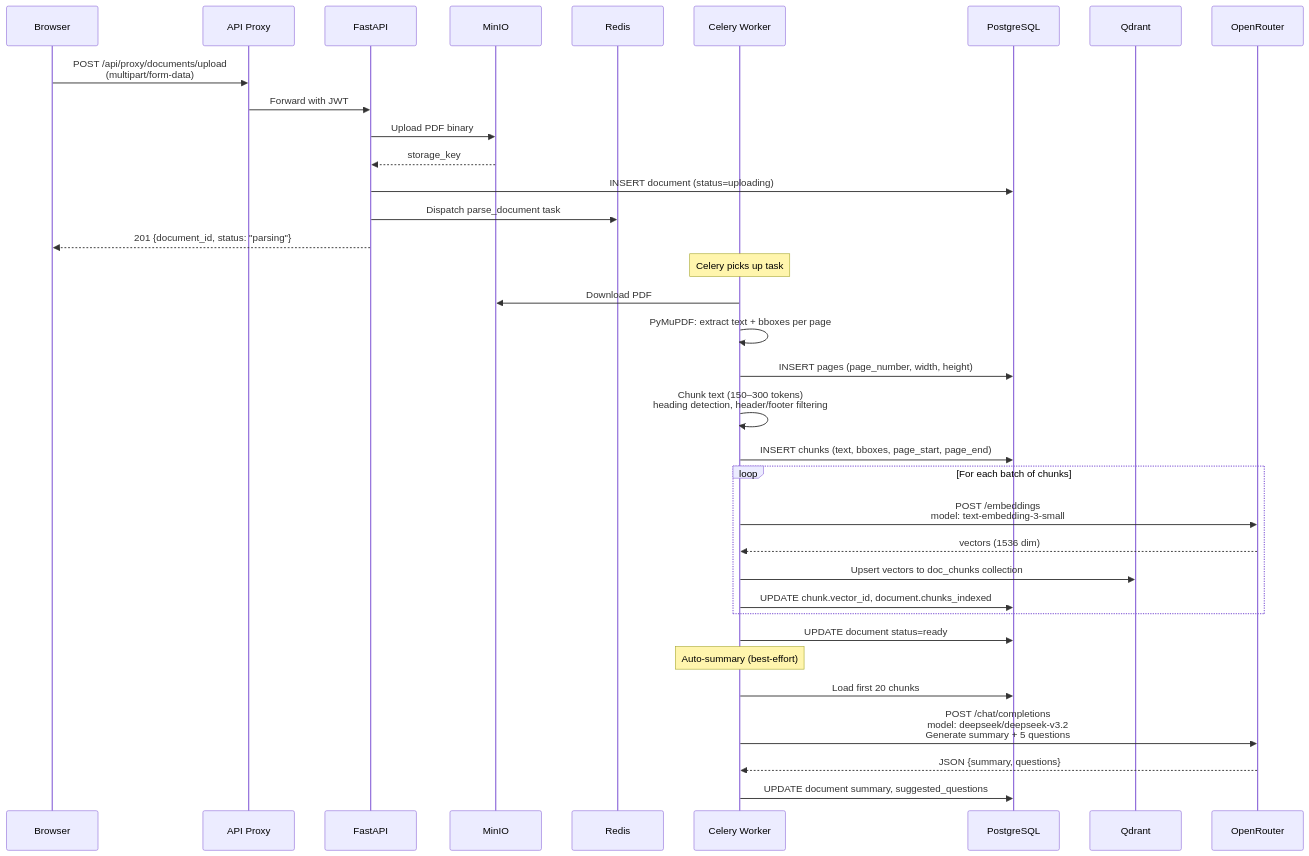
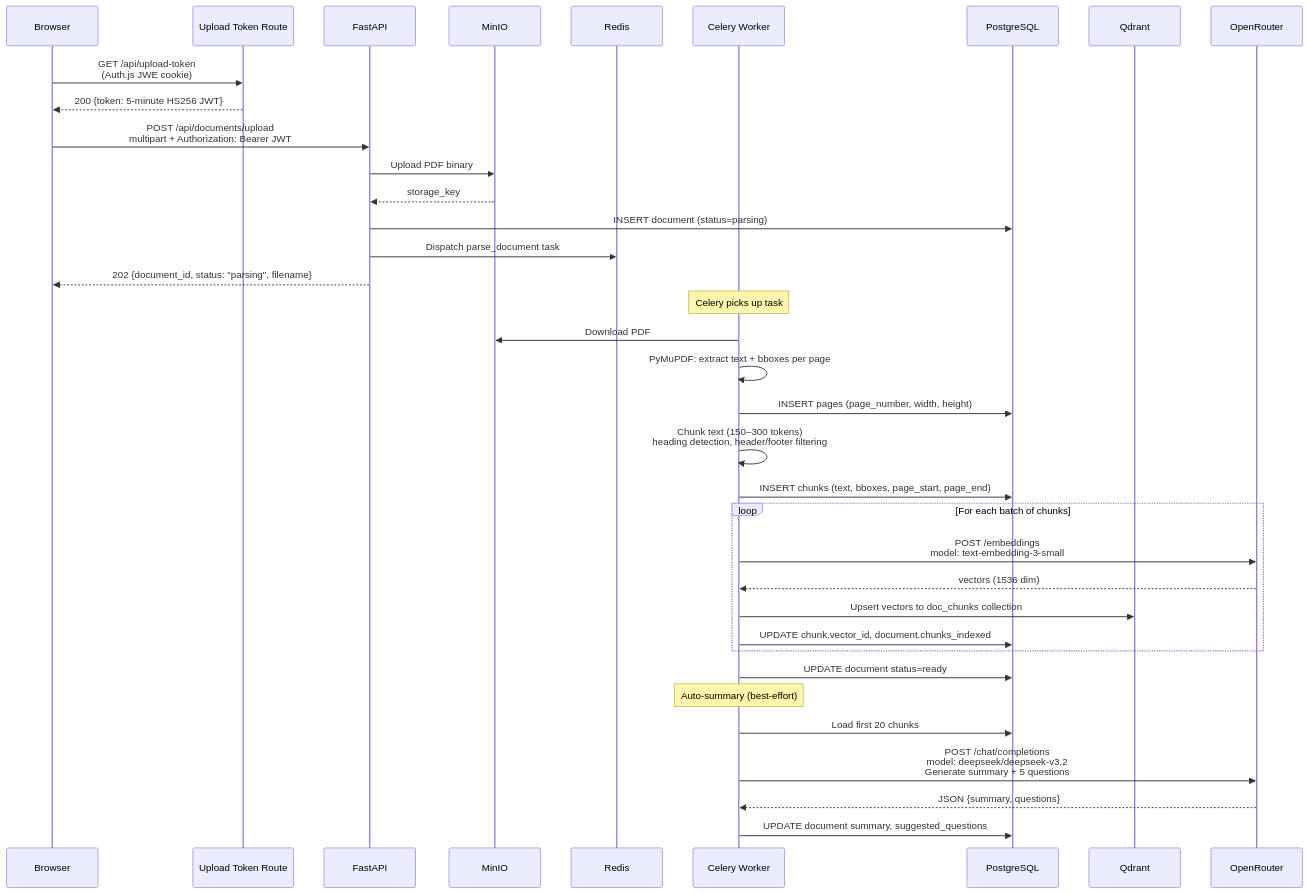
One commit to Rswcf/DocTalk changed the second of 10 diagrams in docs/ARCHITECTURE.md. Above: the diagram before and after it, drawn with Mermaid. The commit also changed other lines of this file and 16 other files, not shown here.

````diff
--- a/docs/ARCHITECTURE.md
+++ b/docs/ARCHITECTURE.md
@@ -97,42 +98,43 @@
 ```mermaid
 sequenceDiagram
     participant B as Browser
-    participant P as API Proxy
+    participant T as Upload Token Route
     participant API as FastAPI
     participant S3 as MinIO
     participant R as Redis
     participant W as Celery Worker
     participant DB as PostgreSQL
     participant Q as Qdrant
     participant OR as OpenRouter
 
-    B->>P: POST /api/proxy/documents/upload<br/>(multipart/form-data)
-    P->>API: Forward with JWT
+    B->>T: GET /api/upload-token<br/>(Auth.js JWE cookie)
+    T-->>B: 200 {token: 5-minute HS256 JWT}
+    B->>API: POST /api/documents/upload<br/>multipart + Authorization: Bearer JWT
     API->>S3: Upload PDF binary
     S3-->>API: storage_key
-    API->>DB: INSERT document (status=uploading)
+    API->>DB: INSERT document (status=parsing)
     API->>R: Dispatch parse_document task
-    API-->>B: 201 {document_id, status: "parsing"}
+    API-->>B: 202 {document_id, status: "parsing", filename}
 
     Note over W: Celery picks up task
     W->>S3: Download PDF
     W->>W: PyMuPDF: extract text + bboxes per page
     W->>DB: INSERT pages (page_number, width, height)
     W->>W: Chunk text (150–300 tokens)<br/>heading detection, header/footer filtering
     W->>DB: INSERT chunks (text, bboxes, page_start, page_end)
 
     loop For each batch of chunks
         W->>OR: POST /embeddings<br/>model: text-embedding-3-small
         OR-->>W: vectors (1536 dim)
         W->>Q: Upsert vectors to doc_chunks collection
         W->>DB: UPDATE chunk.vector_id, document.chunks_indexed
     end
 
     W->>DB: UPDATE document status=ready
 
     Note over W: Auto-summary (best-effort)
     W->>DB: Load first 20 chunks
     W->>OR: POST /chat/completions<br/>model: deepseek/deepseek-v3.2<br/>Generate summary + 5 questions
     OR-->>W: JSON {summary, questions}
     W->>DB: UPDATE document summary, suggested_questions
 ```
````
